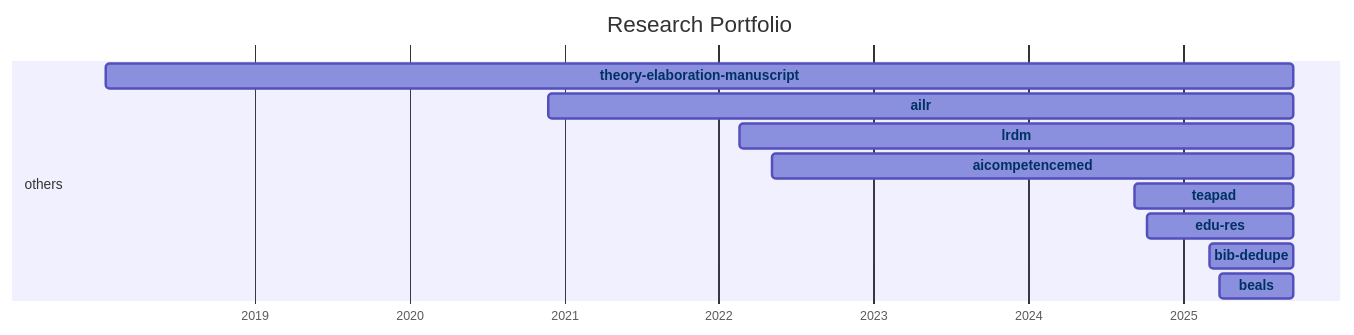
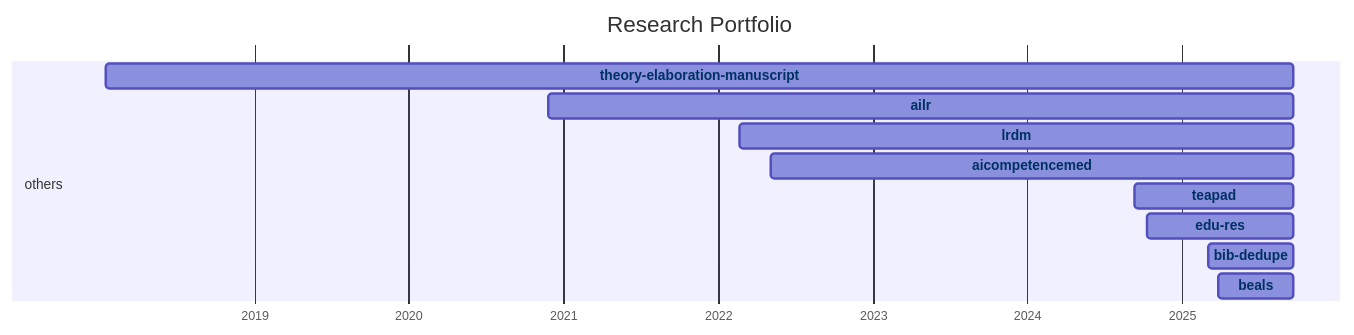
Before and after one commit to digital-work-lab/handbook: the diagram in docs/20-research/25-projects-gantt.md, drawn with Mermaid.

Commit message:
Update repository overview

````diff
--- a/docs/20-research/25-projects-gantt.md
+++ b/docs/20-research/25-projects-gantt.md
@@ -8,35 +8,35 @@
 ```mermaid
 ---
 displayMode: compact
 ---
 gantt
 title Research Portfolio
 dateFormat YYYY-MM-DD
 axisFormat %Y
 
     section work_practices
 
     section distributed_organizing
 
     section knowledge_synthesis
 
     section others
-        beals :beals, 2025-03-28, 2025-09-19
-        bib-dedupe :bib-dedupe, 2025-03-04, 2025-09-19
-        edu-res :edu-res, 2024-10-10, 2025-09-19
-        teapad :teapad, 2024-09-10, 2025-09-19
-        aicompetencemed :aicompetencemed, 2022-05-06, 2025-09-19
-        lrdm :lrdm, 2022-02-20, 2025-09-19
-        ailr :ailr, 2020-11-26, 2025-09-19
-        theory-elaboration-manuscript :theory-elaboration-manuscript, 2018-01-15, 2025-09-19
+        beals :beals, 2025-03-28, 2025-09-20
+        bib-dedupe :bib-dedupe, 2025-03-04, 2025-09-20
+        edu-res :edu-res, 2024-10-10, 2025-09-20
+        teapad :teapad, 2024-09-10, 2025-09-20
+        aicompetencemed :aicompetencemed, 2022-05-06, 2025-09-20
+        lrdm :lrdm, 2022-02-20, 2025-09-20
+        ailr :ailr, 2020-11-26, 2025-09-20
+        theory-elaboration-manuscript :theory-elaboration-manuscript, 2018-01-15, 2025-09-20
 
 
     click beals href "{{ site.baseurl }}/docs/10-lab/18-resources/beals.html"
     click bib-dedupe href "{{ site.baseurl }}/docs/10-lab/18-resources/bib-dedupe.html"
     click edu-res href "{{ site.baseurl }}/docs/10-lab/18-resources/edu-res.html"
     click teapad href "{{ site.baseurl }}/docs/10-lab/18-resources/teapad.html"
     click aicompetencemed href "{{ site.baseurl }}/docs/10-lab/18-resources/aicompetencemed.html"
     click lrdm href "{{ site.baseurl }}/docs/10-lab/18-resources/lrdm.html"
     click ailr href "{{ site.baseurl }}/docs/10-lab/18-resources/ailr.html"
     click theory-elaboration-manuscript href "{{ site.baseurl }}/docs/10-lab/18-resources/theory-elaboration-manuscript.html"
 ```
````
